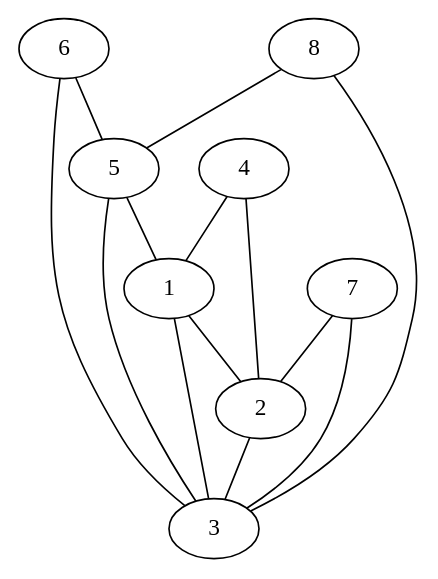
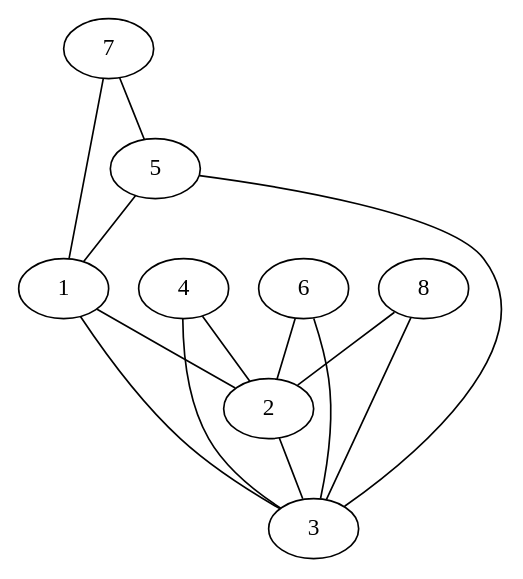
One commit to AltairAG/DAA- changed the diagram in DAlgoritmos/Proyecto/Archivos/DorogovtsevMendes.gv. Above: the diagram before and after it, drawn with Graphviz. The commit also changed 4 other files, not shown here.

```diff
--- a/DAlgoritmos/Proyecto/Archivos/DorogovtsevMendes.gv
+++ b/DAlgoritmos/Proyecto/Archivos/DorogovtsevMendes.gv
@@ -1,48 +1,48 @@
 graph G {
 1;
 2;
 3;
 1;
 2;
 3;
 4;
 1;
 2;
 3;
 4;
 5;
 1;
 2;
 3;
 4;
 5;
 6;
 1;
 2;
 3;
 4;
 5;
 6;
 7;
 1;
 2;
 3;
 4;
 5;
 6;
 7;
 8;
 1 -- 2;
 2 -- 3;
 3 -- 1;
-4 -- 1;
 4 -- 2;
+4 -- 3;
 5 -- 3;
 5 -- 1;
-6 -- 5;
+6 -- 2;
 6 -- 3;
-7 -- 2;
-7 -- 3;
-8 -- 5;
+7 -- 5;
+7 -- 1;
+8 -- 2;
 8 -- 3;
 }
```
